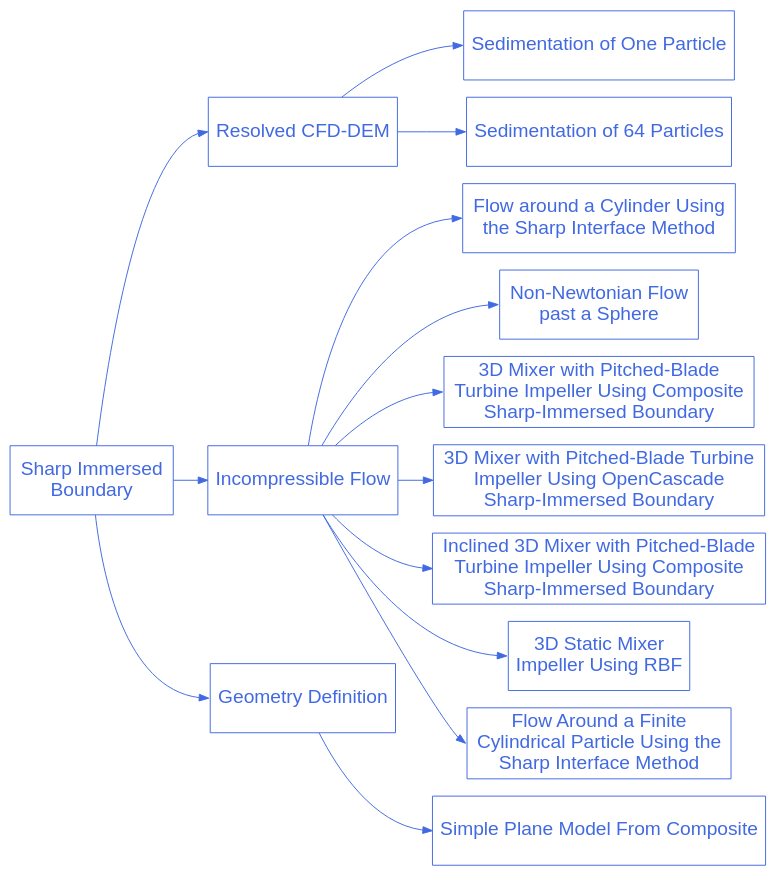
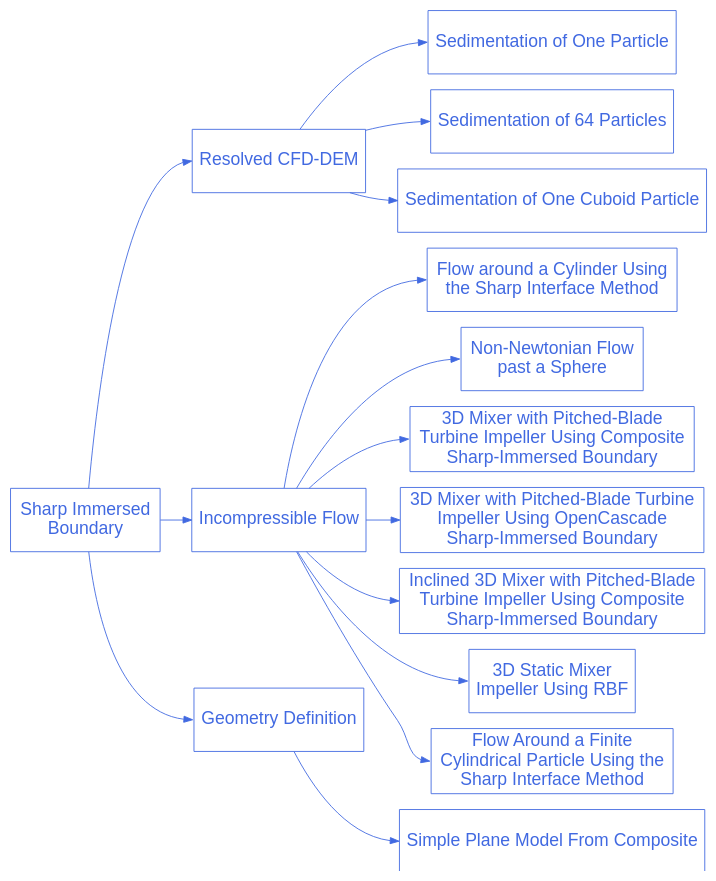
One commit to chaos-polymtl/lethe changed the diagram in doc/source/examples/sharp-immersed-boundary/sharp-immersed-boundary.rst. Above: the diagram before and after it, drawn with Graphviz. The commit also changed 3 other files, not shown here.

```diff
--- a/doc/source/examples/sharp-immersed-boundary/sharp-immersed-boundary.rst
+++ b/doc/source/examples/sharp-immersed-boundary/sharp-immersed-boundary.rst
@@ -14,52 +14,55 @@
 .. graphviz:: 
 
     digraph sharp_diagram {
       graph [bgcolor="transparent", align=true];
       node [fontname=Arial, fontsize=20, shape=box, fontcolor=royalblue, color=royalblue, height=1];
       edge [color=royalblue];
       rankdir="LR";
       size = "9,9";
-      
+
       sharp_immersed_boundary_solver [label="Sharp Immersed \nBoundary", href="https://chaos-polymtl.github.io/lethe/documentation/examples/sharp-immersed-boundary/sharp-immersed-boundary.html"];
 
       sharp_1 [label="Resolved CFD-DEM", href="https://chaos-polymtl.github.io/lethe/documentation/examples/sharp-immersed-boundary/resolved-cfd-dem.html"];
 
       sharp_1_1 [label="Sedimentation of One Particle", href="https://chaos-polymtl.github.io/lethe/documentation/examples/sharp-immersed-boundary/sedimentation-1-particle/sedimentation-1-particle.html"];
 
       sharp_1_2 [label="Sedimentation of 64 Particles", href="https://chaos-polymtl.github.io/lethe/documentation/examples/sharp-immersed-boundary/sedimentation-64-particles/sedimentation-64-particles.html"];
+
+      sharp_1_3 [label="Sedimentation of One Cuboid Particle", href="https://chaos-polymtl.github.io/lethe/documentation/examples/sharp-immersed-boundary/sedimentation-1-cuboid/sedimentation-1-cuboid.html"];
 
       sharp_2 [label="Incompressible Flow", href="https://chaos-polymtl.github.io/lethe/documentation/examples/sharp-immersed-boundary/incompressible-flow.html"];
 
       sharp_2_1 [label="Flow around a Cylinder Using \nthe Sharp Interface Method", href="https://chaos-polymtl.github.io/lethe/documentation/examples/sharp-immersed-boundary/cylinder-with-sharp-interface/cylinder-with-sharp-interface.html", tooltip="Flow around a cylinder using the sharp interface method"];
 
       sharp_2_2 [label="Non-Newtonian Flow \npast a Sphere", href="https://chaos-polymtl.github.io/lethe/documentation/examples/sharp-immersed-boundary/sphere-carreau-with-sharp-interface/sphere-carreau-with-sharp-interface.html", tooltip="Non-Newtonian flow past a sphere"];
 
       sharp_2_3 [label="3D Mixer with Pitched-Blade \nTurbine Impeller Using Composite \nSharp-Immersed Boundary", href="https://chaos-polymtl.github.io/lethe/documentation/examples/sharp-immersed-boundary/3d-composite-mixer-with-pbt-impeller/3d-composite-mixer-with-pbt-impeller.html", tooltip="3D Mixer with pitched-blade turbine impeller using Composite Sharp-immersed boundary"];
 
       sharp_2_4 [label="3D Mixer with Pitched-Blade Turbine \nImpeller Using OpenCascade \nSharp-Immersed Boundary", href="https://chaos-polymtl.github.io/lethe/documentation/examples/sharp-immersed-boundary/3d-opencascade-mixer-with-pbt-impeller/3d-opencascade-mixer-with-pbt-impeller.html", tooltip="3D Mixer with pitched-blade turbine impeller using OpenCascade Sharp-immersed boundary"];
 
       sharp_2_5 [label="Inclined 3D Mixer with Pitched-Blade \nTurbine Impeller Using Composite \nSharp-Immersed Boundary", href="https://chaos-polymtl.github.io/lethe/documentation/examples/sharp-immersed-boundary/inclined-3d-composite-mixer-with-pbt-impeller/inclined-3d-composite-mixer-with-pbt-impeller.html", tooltip="Inclined 3D mixer with pitched-blade turbine impeller using composite sharp-immersed boundary"];
-      
+
       sharp_2_6 [label="3D Static Mixer \nImpeller Using RBF", href="https://chaos-polymtl.github.io/lethe/documentation/examples/sharp-immersed-boundary/3d-rbf-static-mixer/3d-rbf-static-mixer.html", tooltip="3D Static Mixer \nImpeller Using RBF Sharp-immersed boundary"];
-      
+
       sharp_2_7 [label="Flow Around a Finite \nCylindrical Particle Using the \nSharp Interface Method", href="https://chaos-polymtl.github.io/lethe/documentation/examples/sharp-immersed-boundary/cylindrical-particle-drag-evaluation-with-sharp-interface/cylindrical-particle-drag-evaluation-with-sharp-interface.html", tooltop = "Flow Around a finite \ncylindrical particle using the \nsharp interface method"]
 
       sharp_3 [label="Geometry Definition", href="https://chaos-polymtl.github.io/lethe/documentation/examples/sharp-immersed-boundary/geometry-definition.html"];
 
       sharp_3_1 [label="Simple Plane Model From Composite", href="https://chaos-polymtl.github.io/lethe/documentation/examples/sharp-immersed-boundary/sharp-immersed-boundary/simple-plane-model-from-composite.html", tooltip="Simple Plane Model From Composite"];
 
       sharp_immersed_boundary_solver -> sharp_1:w;
       sharp_immersed_boundary_solver -> sharp_2:w;
       sharp_immersed_boundary_solver -> sharp_3:w;
 
       sharp_1 -> sharp_1_1:w;
       sharp_1 -> sharp_1_2:w;
+      sharp_1 -> sharp_1_3:w;
       sharp_2 -> sharp_2_1:w;
       sharp_2 -> sharp_2_2:w;
       sharp_2 -> sharp_2_3:w;
       sharp_2 -> sharp_2_4:w;
       sharp_2 -> sharp_2_5:w;
       sharp_2 -> sharp_2_6:w;
       sharp_2 -> sharp_2_7:w;
       sharp_3 -> sharp_3_1:w;
     }
```
